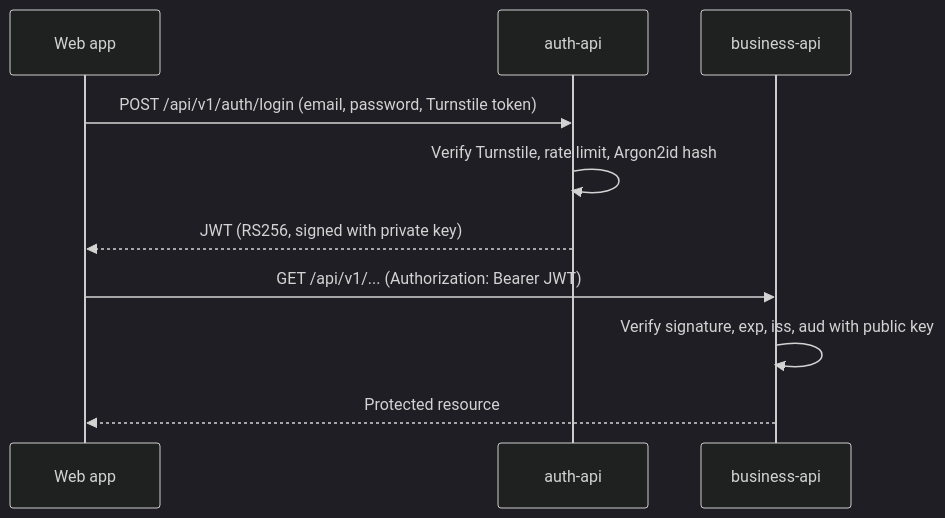
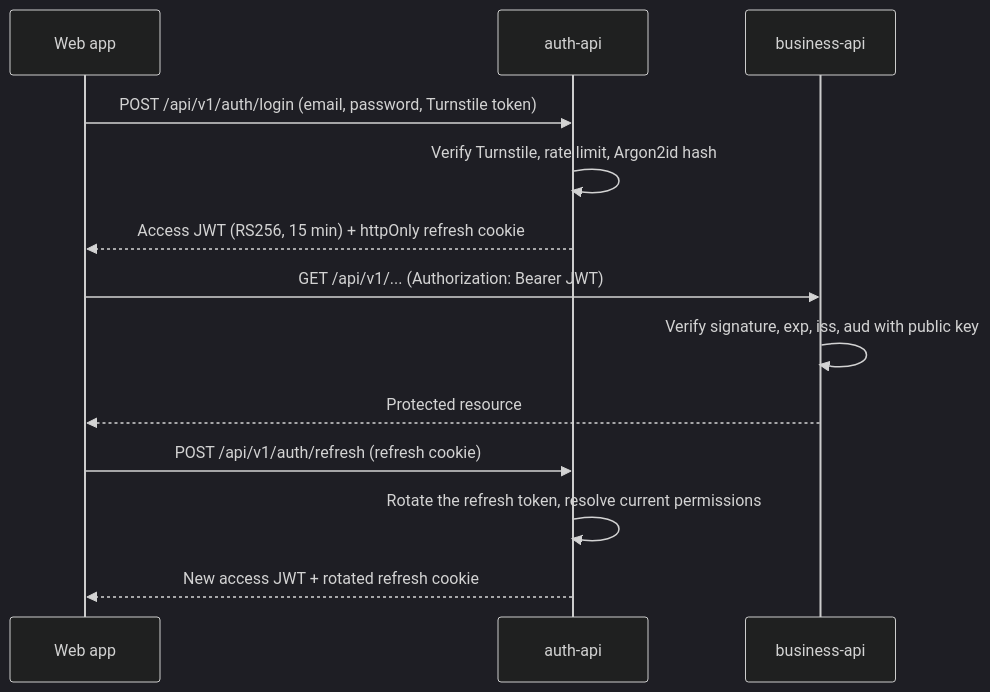
One commit to Zerik-Official/Motorix changed the diagram in docs/en/security.md. Above: the diagram before and after it, drawn with Mermaid (dark theme). The commit also changed other lines of this file and 1 other file, not shown here.

Commit message:
docs(security): document refresh token sessions

````diff
--- a/docs/en/security.md
+++ b/docs/en/security.md
@@ -5,13 +5,16 @@
 ```mermaid
 sequenceDiagram
     participant W as Web app
     participant A as auth-api
     participant B as business-api
 
     W->>A: POST /api/v1/auth/login (email, password, Turnstile token)
     A->>A: Verify Turnstile, rate limit, Argon2id hash
-    A-->>W: JWT (RS256, signed with private key)
+    A-->>W: Access JWT (RS256, 15 min) + httpOnly refresh cookie
     W->>B: GET /api/v1/... (Authorization: Bearer JWT)
     B->>B: Verify signature, exp, iss, aud with public key
     B-->>W: Protected resource
+    W->>A: POST /api/v1/auth/refresh (refresh cookie)
+    A->>A: Rotate the refresh token, resolve current permissions
+    A-->>W: New access JWT + rotated refresh cookie
 ```
````
